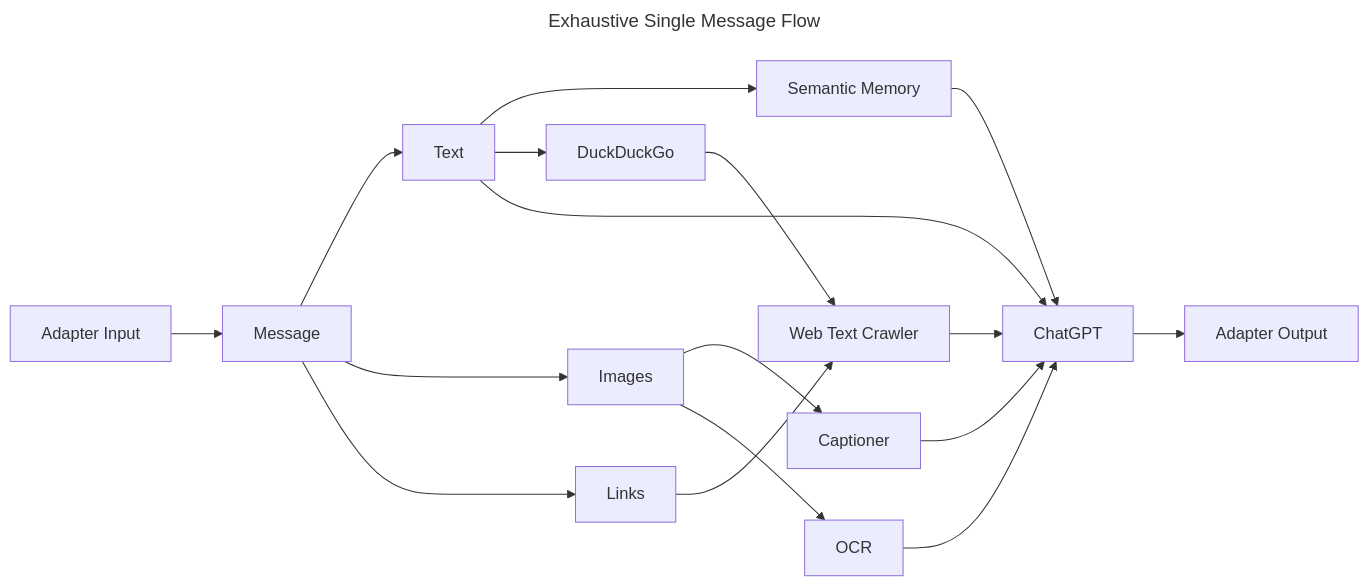
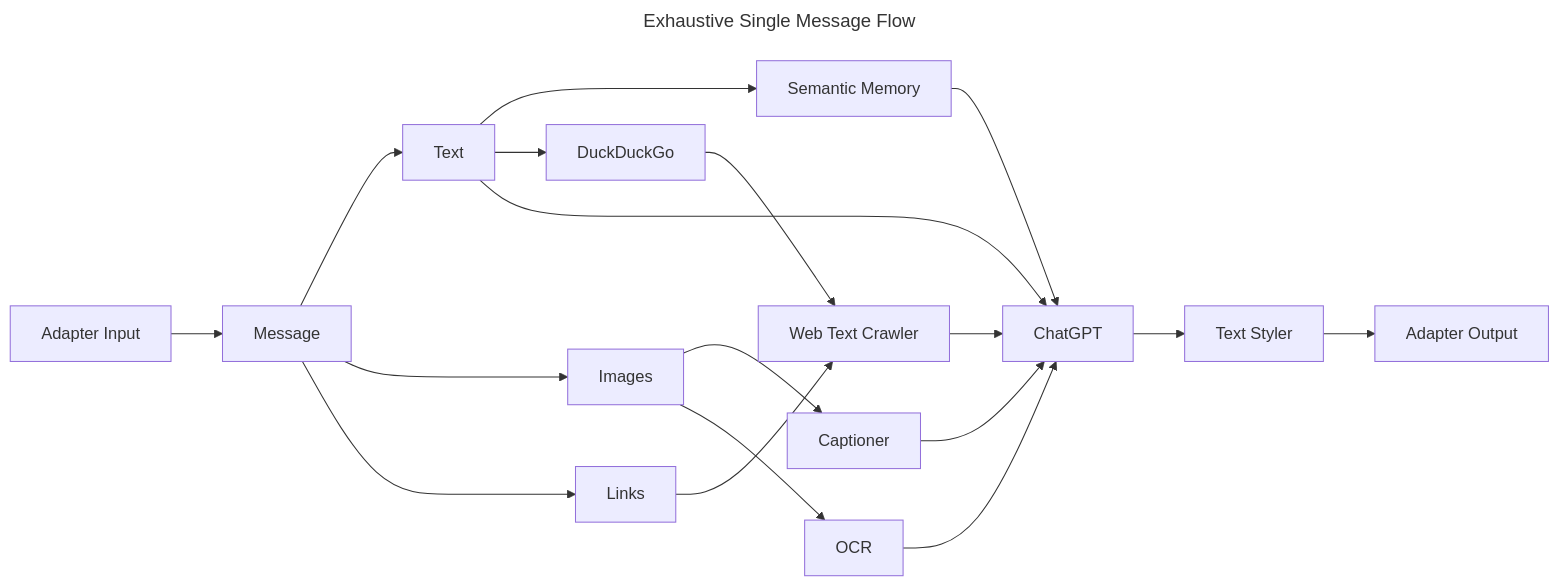
The diagram in README.md (TKDKid1000/gpt-me), drawn with Mermaid before and after one commit. The commit also changed other lines of this file and 21 other files, not shown here.

````diff
--- a/README.md
+++ b/README.md
@@ -32,15 +32,15 @@
 ```mermaid
 ---
 title: Exhaustive Single Message Flow
 ---
 flowchart LR
     Input["Adapter Input"] --> Message
     Message --> Text & Images & Links
     Text --> Sem["Semantic Memory"] & DuckDuckGo
     DuckDuckGo --> Web["Web Text Crawler"]
     Images --> Captioner & OCR
     %% OCR --> Sem
     Links --> Web
     Sem & Captioner & Web & OCR & Text --> ChatGPT
-    ChatGPT --> Output["Adapter Output"]
+    ChatGPT --> Styler["Text Styler"] --> Output["Adapter Output"]
 ```
````
